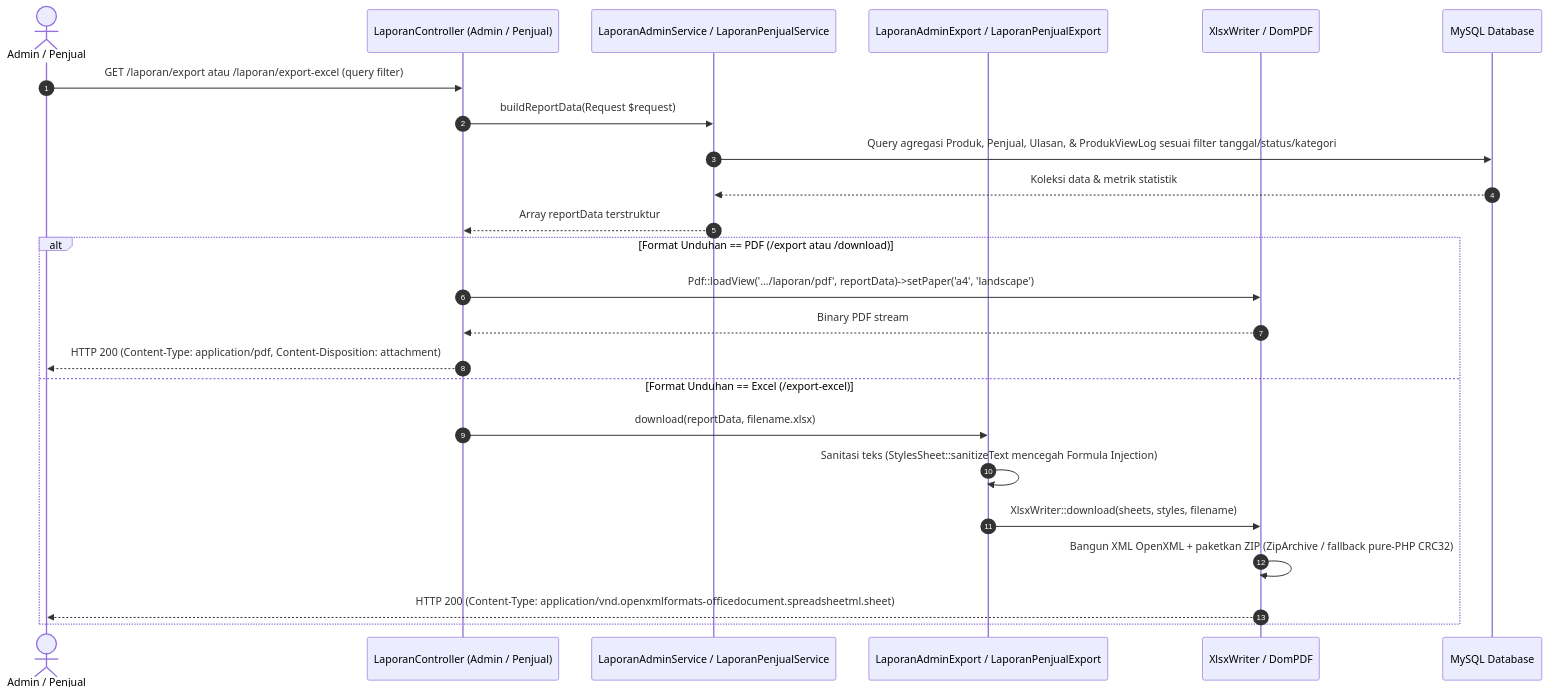
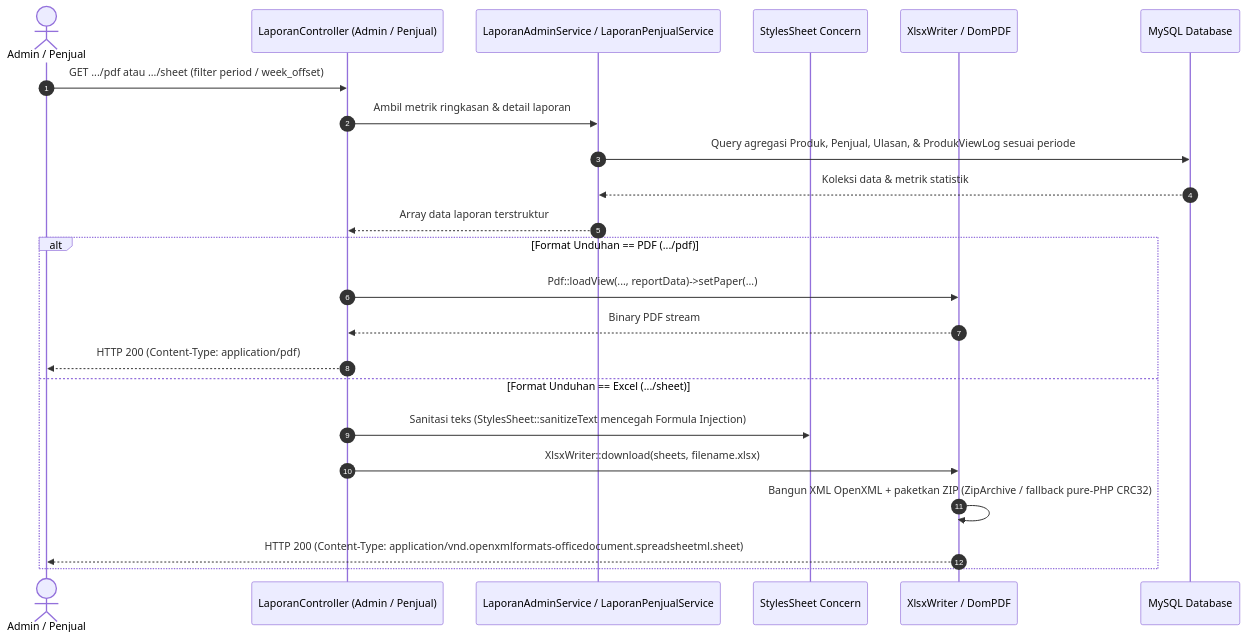
Before and after one commit to kyymidnight404/siswamartid: the seventh of 7 diagrams in docs/05-desain/ACTIVITY_SEQUENCE.md, drawn with Mermaid. The commit also changed other lines of this file and 27 other files, not shown here.

Commit message:
docs: sync README and docs with v1.2.0 codebase and schema

````diff
--- a/docs/05-desain/ACTIVITY_SEQUENCE.md
+++ b/docs/05-desain/ACTIVITY_SEQUENCE.md
@@ -236,28 +236,27 @@
 ```mermaid
 sequenceDiagram
     autonumber
     actor User as Admin / Penjual
     participant Ctrl as LaporanController (Admin / Penjual)
     participant Svc as LaporanAdminService / LaporanPenjualService
-    participant Export as LaporanAdminExport / LaporanPenjualExport
+    participant Style as StylesSheet Concern
     participant Writer as XlsxWriter / DomPDF
     participant DB as MySQL Database
 
-    User->>Ctrl: GET /laporan/export atau /laporan/export-excel (query filter)
-    Ctrl->>Svc: buildReportData(Request $request)
-    Svc->>DB: Query agregasi Produk, Penjual, Ulasan, & ProdukViewLog sesuai filter tanggal/status/kategori
+    User->>Ctrl: GET .../pdf atau .../sheet (filter period / week_offset)
+    Ctrl->>Svc: Ambil metrik ringkasan & detail laporan
+    Svc->>DB: Query agregasi Produk, Penjual, Ulasan, & ProdukViewLog sesuai periode
     DB-->>Svc: Koleksi data & metrik statistik
-    Svc-->>Ctrl: Array reportData terstruktur
+    Svc-->>Ctrl: Array data laporan terstruktur
 
-    alt Format Unduhan == PDF (/export atau /download)
-        Ctrl->>Writer: Pdf::loadView('.../laporan/pdf', reportData)->setPaper('a4', 'landscape')
+    alt Format Unduhan == PDF (.../pdf)
+        Ctrl->>Writer: Pdf::loadView(..., reportData)->setPaper(...)
         Writer-->>Ctrl: Binary PDF stream
-        Ctrl-->>User: HTTP 200 (Content-Type: application/pdf, Content-Disposition: attachment)
-    else Format Unduhan == Excel (/export-excel)
-        Ctrl->>Export: download(reportData, filename.xlsx)
-        Export->>Export: Sanitasi teks (StylesSheet::sanitizeText mencegah Formula Injection)
-        Export->>Writer: XlsxWriter::download(sheets, styles, filename)
+        Ctrl-->>User: HTTP 200 (Content-Type: application/pdf)
+    else Format Unduhan == Excel (.../sheet)
+        Ctrl->>Style: Sanitasi teks (StylesSheet::sanitizeText mencegah Formula Injection)
+        Ctrl->>Writer: XlsxWriter::download(sheets, filename.xlsx)
         Writer->>Writer: Bangun XML OpenXML + paketkan ZIP (ZipArchive / fallback pure-PHP CRC32)
         Writer-->>User: HTTP 200 (Content-Type: application/vnd.openxmlformats-officedocument.spreadsheetml.sheet)
     end
 ```
````
